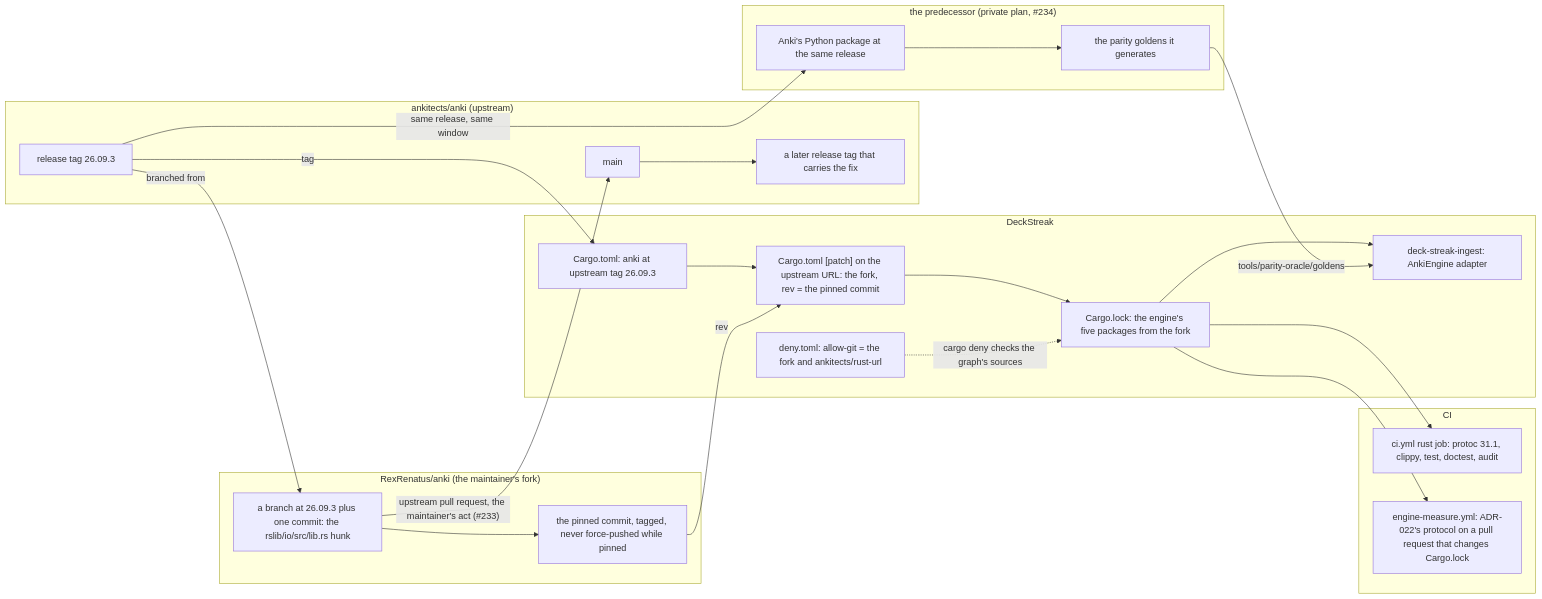
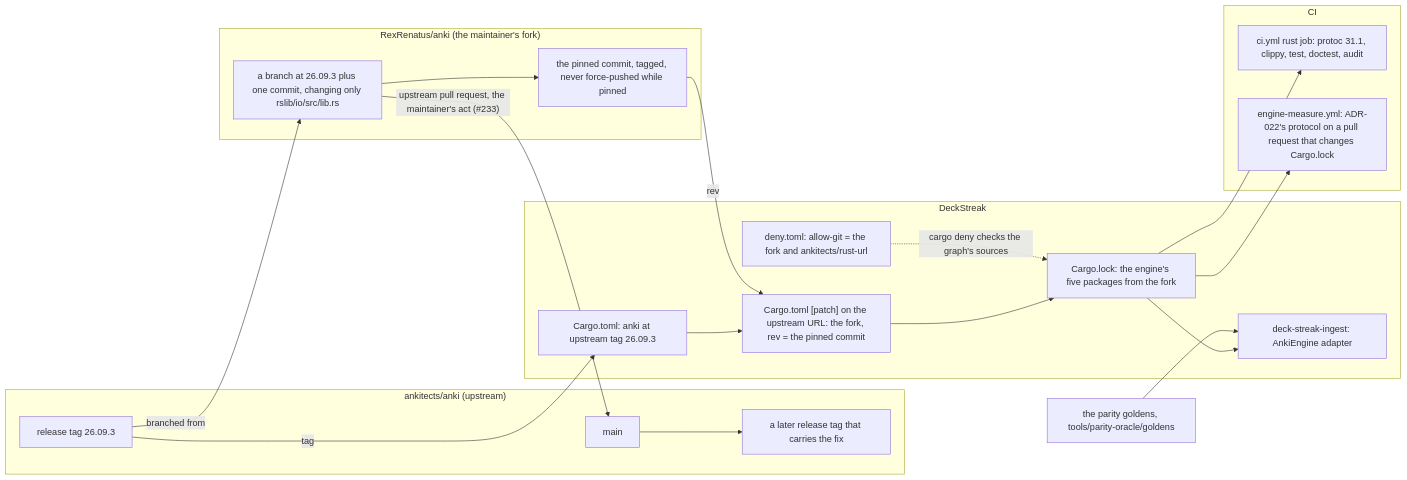
One commit to RexRenatus/deck-streak changed the first of 2 diagrams in docs/schematics/engine-pin-lifecycle.md. Above: the diagram before and after it, drawn with Mermaid. The commit also changed other lines of this file and 3 other files, not shown here.

Commit message:
docs(plan): SPEC-055 covers DeckStreak's pin only, fetches measured

````diff
--- a/docs/schematics/engine-pin-lifecycle.md
+++ b/docs/schematics/engine-pin-lifecycle.md
@@ -10,40 +10,34 @@
 ```mermaid
 flowchart LR
   subgraph upstream["ankitects/anki (upstream)"]
     tag["release tag 26.09.3"]
     main["main"]
     next["a later release tag that carries the fix"]
     main --> next
   end
   subgraph fork["RexRenatus/anki (the maintainer's fork)"]
-    branch["a branch at 26.09.3 plus one commit: the rslib/io/src/lib.rs hunk"]
+    branch["a branch at 26.09.3 plus one commit, changing only rslib/io/src/lib.rs"]
     pinned["the pinned commit, tagged, never force-pushed while pinned"]
     branch --> pinned
   end
   tag -- "branched from" --> branch
   branch -- "upstream pull request, the maintainer's act (#233)" --> main
   subgraph ds["DeckStreak"]
     manifest["Cargo.toml: anki at upstream tag 26.09.3"]
     patch["Cargo.toml [patch] on the upstream URL: the fork, rev = the pinned commit"]
     lock["Cargo.lock: the engine's five packages from the fork"]
     deny["deny.toml: allow-git = the fork and ankitects/rust-url"]
     ingest["deck-streak-ingest: AnkiEngine adapter"]
     manifest --> patch --> lock --> ingest
     deny -. "cargo deny checks the graph's sources" .-> lock
   end
   pinned -- "rev" --> patch
   tag -- "tag" --> manifest
   subgraph ci["CI"]
     gate["ci.yml rust job: protoc 31.1, clippy, test, doctest, audit"]
     measure["engine-measure.yml: ADR-022's protocol on a pull request that changes Cargo.lock"]
   end
   lock --> gate
   lock --> measure
-  subgraph pred["the predecessor (private plan, #234)"]
-    wheel["Anki's Python package at the same release"]
-    goldens["the parity goldens it generates"]
-    wheel --> goldens
-  end
-  tag -- "same release, same window" --> wheel
-  goldens -- "tools/parity-oracle/goldens" --> ingest
+  goldens["the parity goldens, tools/parity-oracle/goldens"] --> ingest
 ```
````
